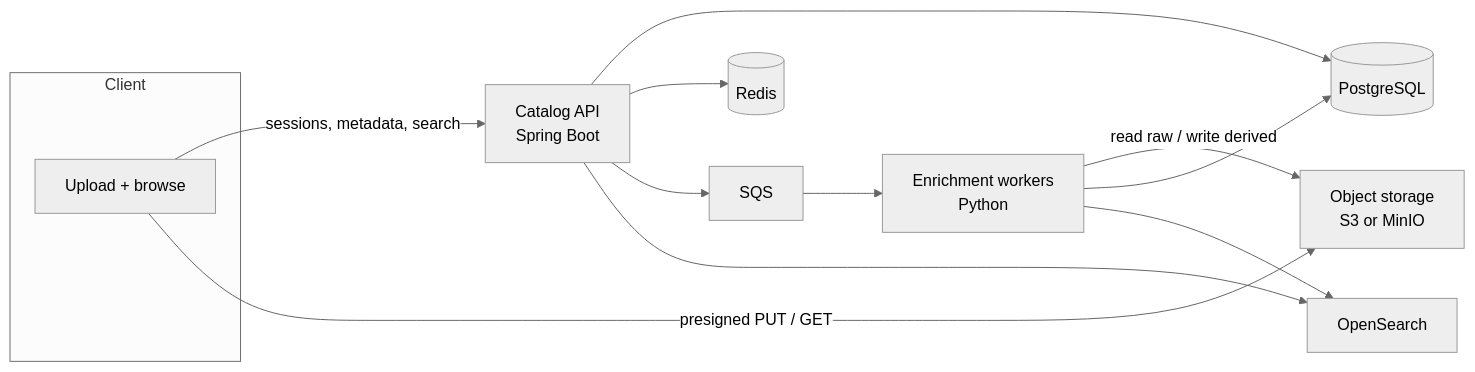
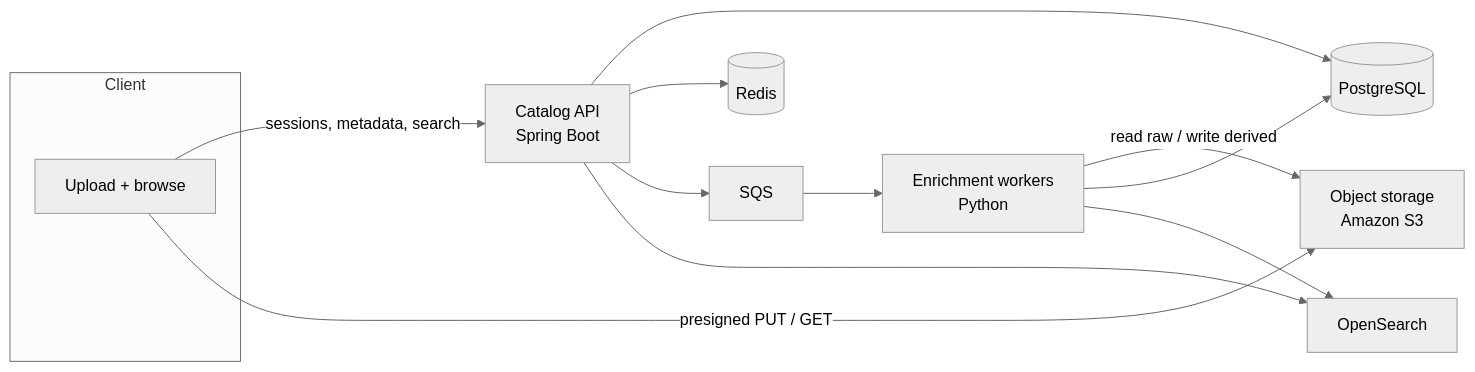
Before and after one commit to ShakedNeeman/exodia: the diagram in README.md, drawn with Mermaid (neutral theme). The commit also changed other lines of this file and 5 other files, not shown here.

Commit message:
Drop MinIO and keep Amazon S3 as the only data plane.

````diff
--- a/README.md
+++ b/README.md
@@ -45,16 +45,16 @@
 ```mermaid
 flowchart LR
   subgraph Client
     UI[Upload + browse]
   end
   UI -->|sessions, metadata, search| API[Catalog API<br/>Spring Boot]
-  UI -->|presigned PUT / GET| S3[Object storage<br/>S3 or MinIO]
+  UI -->|presigned PUT / GET| S3[Object storage<br/>Amazon S3]
   API --> PG[(PostgreSQL)]
   API --> Redis[(Redis)]
   API --> SQS[SQS]
   API --> OS[OpenSearch]
   SQS --> W[Enrichment workers<br/>Python]
   W -->|read raw / write derived| S3
   W --> PG
   W --> OS
 ```
````
